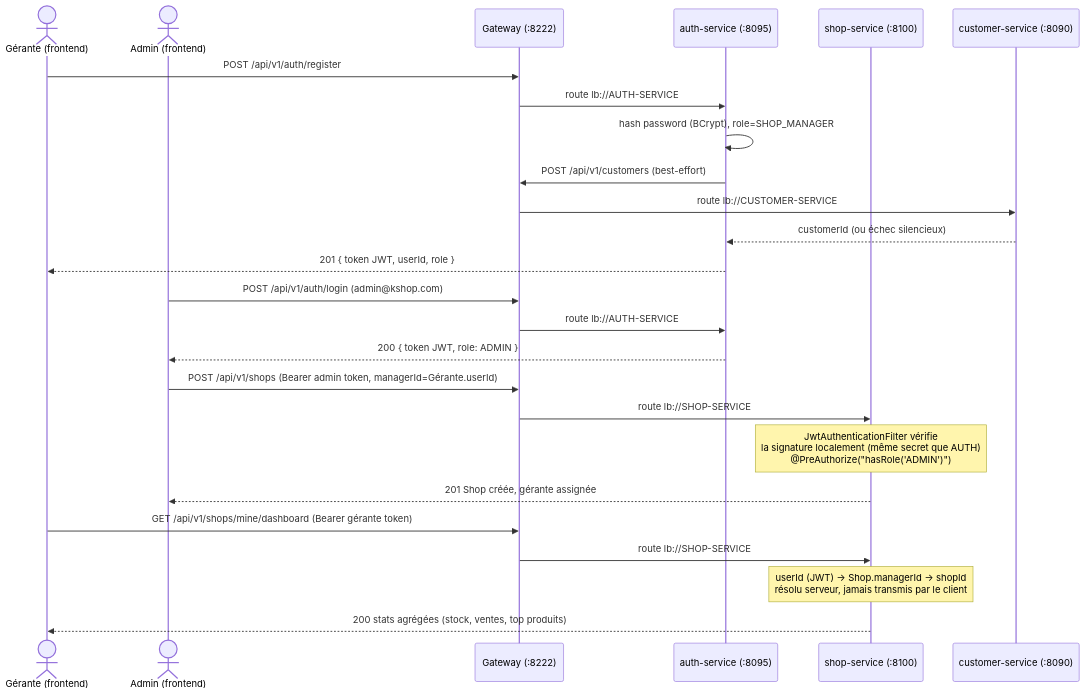
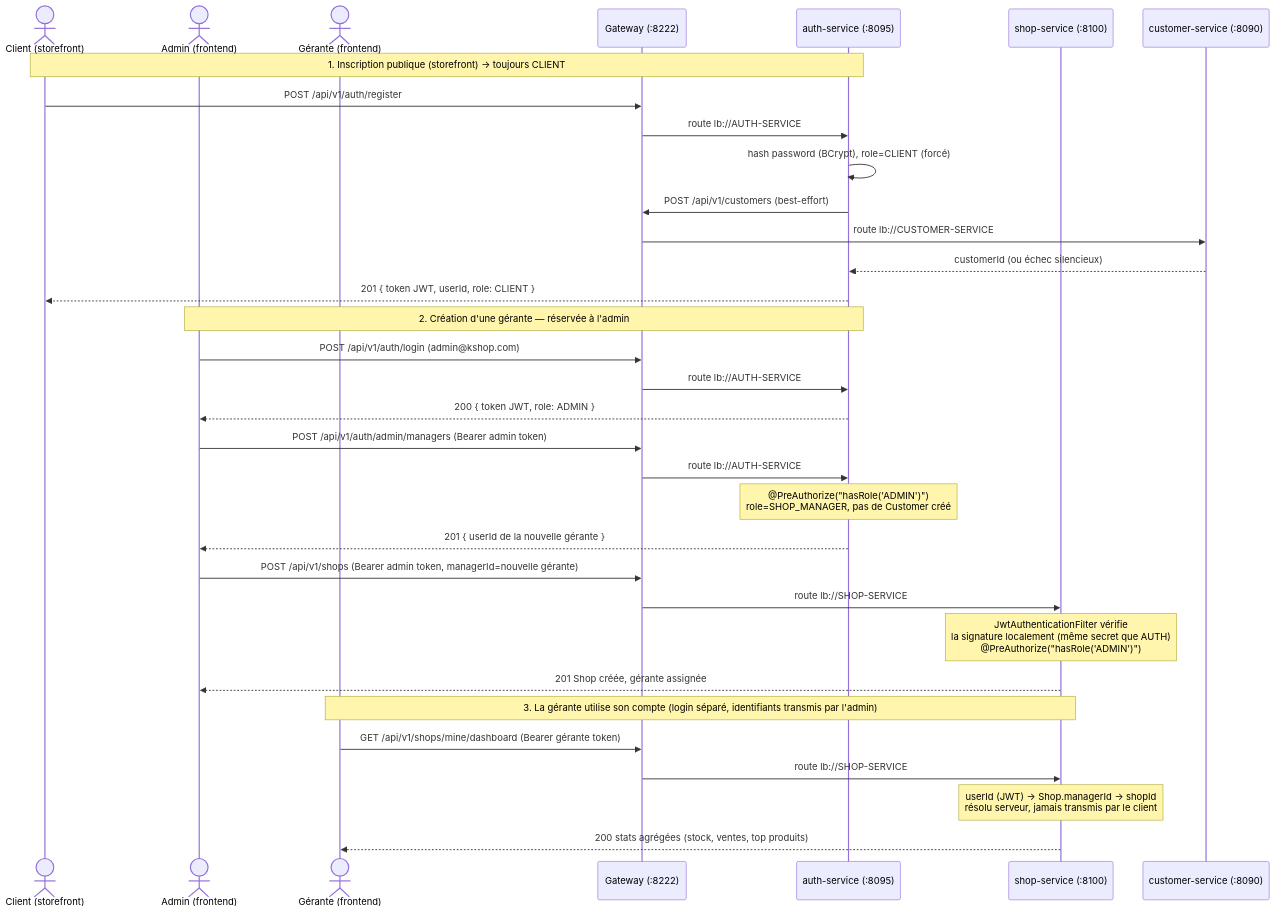
One commit to TksDesign/gestion-stock changed the second of 4 diagrams in docs/API_DOCUMENTATION.md. Above: the diagram before and after it, drawn with Mermaid. The commit also changed other lines of this file and 98 other files, not shown here.

First line of the commit message:
feat: add admin manager creation endpoint and role management

````diff
--- a/docs/API_DOCUMENTATION.md
+++ b/docs/API_DOCUMENTATION.md
@@ -77,31 +77,40 @@
 ```mermaid
 sequenceDiagram
+    actor Client as Client (storefront)
+    actor Admin as Admin (frontend)
     actor Gerante as Gérante (frontend)
-    actor Admin as Admin (frontend)
     participant GW as Gateway (:8222)
     participant AUTH as auth-service (:8095)
     participant SHOP as shop-service (:8100)
     participant CUS as customer-service (:8090)
 
-    Gerante->>GW: POST /api/v1/auth/register
+    Note over Client,AUTH: 1. Inscription publique (storefront) → toujours CLIENT
+    Client->>GW: POST /api/v1/auth/register
     GW->>AUTH: route lb://AUTH-SERVICE
-    AUTH->>AUTH: hash password (BCrypt), role=SHOP_MANAGER
+    AUTH->>AUTH: hash password (BCrypt), role=CLIENT (forcé)
     AUTH->>GW: POST /api/v1/customers (best-effort)
     GW->>CUS: route lb://CUSTOMER-SERVICE
     CUS-->>AUTH: customerId (ou échec silencieux)
-    AUTH-->>Gerante: 201 { token JWT, userId, role }
+    AUTH-->>Client: 201 { token JWT, userId, role: CLIENT }
 
+    Note over Admin,AUTH: 2. Création d'une gérante — réservée à l'admin
     Admin->>GW: POST /api/v1/auth/login (admin@kshop.com)
     GW->>AUTH: route lb://AUTH-SERVICE
     AUTH-->>Admin: 200 { token JWT, role: ADMIN }
 
-    Admin->>GW: POST /api/v1/shops (Bearer admin token, managerId=Gérante.userId)
+    Admin->>GW: POST /api/v1/auth/admin/managers (Bearer admin token)
+    GW->>AUTH: route lb://AUTH-SERVICE
+    Note over AUTH: @PreAuthorize("hasRole('ADMIN')")<br/>role=SHOP_MANAGER, pas de Customer créé
+    AUTH-->>Admin: 201 { userId de la nouvelle gérante }
+
+    Admin->>GW: POST /api/v1/shops (Bearer admin token, managerId=nouvelle gérante)
     GW->>SHOP: route lb://SHOP-SERVICE
     Note over SHOP: JwtAuthenticationFilter vérifie<br/>la signature localement (même secret que AUTH)<br/>@PreAuthorize("hasRole('ADMIN')")
     SHOP-->>Admin: 201 Shop créée, gérante assignée
 
+    Note over Gerante,SHOP: 3. La gérante utilise son compte (login séparé, identifiants transmis par l'admin)
     Gerante->>GW: GET /api/v1/shops/mine/dashboard (Bearer gérante token)
     GW->>SHOP: route lb://SHOP-SERVICE
     Note over SHOP: userId (JWT) → Shop.managerId → shopId<br/>résolu serveur, jamais transmis par le client
     SHOP-->>Gerante: 200 stats agrégées (stock, ventes, top produits)
 ```
````
